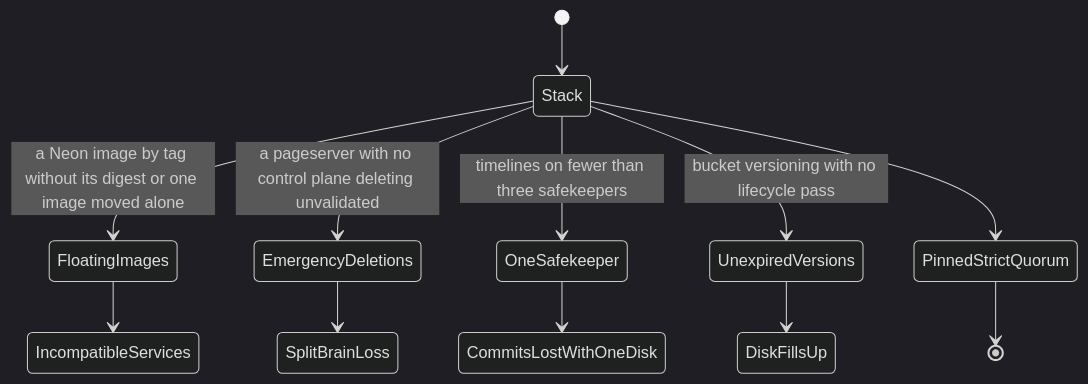
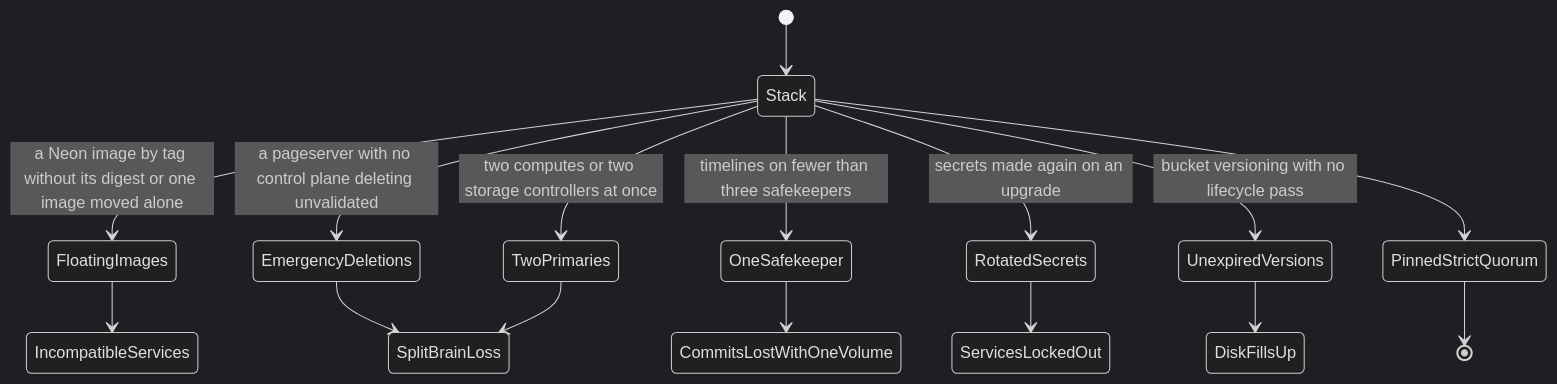
One commit to eaucoin/alasio changed the third of 3 diagrams in neon/README.md. Above: the diagram before and after it, drawn with Mermaid (dark theme). The commit also changed other lines of this file and 37 other files, not shown here.

````diff
--- a/neon/README.md
+++ b/neon/README.md
@@ -76,14 +76,18 @@
 ```mermaid
 stateDiagram-v2
   [*] --> Stack
   Stack --> FloatingImages: a Neon image by tag without its digest or one image moved alone
   FloatingImages --> IncompatibleServices
   Stack --> EmergencyDeletions: a pageserver with no control plane deleting unvalidated
   EmergencyDeletions --> SplitBrainLoss
+  Stack --> TwoPrimaries: two computes or two storage controllers at once
+  TwoPrimaries --> SplitBrainLoss
   Stack --> OneSafekeeper: timelines on fewer than three safekeepers
-  OneSafekeeper --> CommitsLostWithOneDisk
+  OneSafekeeper --> CommitsLostWithOneVolume
+  Stack --> RotatedSecrets: secrets made again on an upgrade
+  RotatedSecrets --> ServicesLockedOut
   Stack --> UnexpiredVersions: bucket versioning with no lifecycle pass
   UnexpiredVersions --> DiskFillsUp
   Stack --> PinnedStrictQuorum
   PinnedStrictQuorum --> [*]
 ```
````
